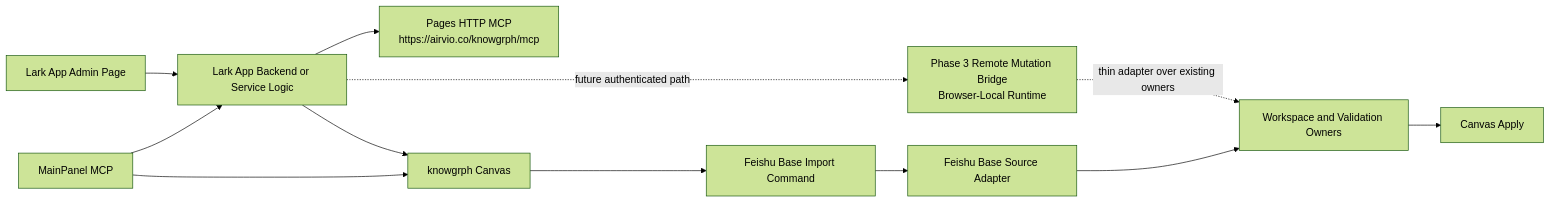
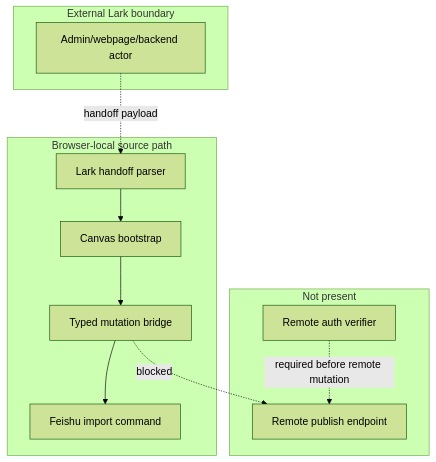
One commit to huijoohwee/agentic-graph changed the second of 2 diagrams in docs/documents/knowgrph-mcp/knowgrph-lark-app-mcp-prd-tad.md. Above: the diagram before and after it, drawn with Mermaid (forest theme). The commit also changed other lines of this file and 76 other files, not shown here.

````diff
--- a/docs/documents/knowgrph-mcp/knowgrph-lark-app-mcp-prd-tad.md
+++ b/docs/documents/knowgrph-mcp/knowgrph-lark-app-mcp-prd-tad.md
@@ -403,25 +186,20 @@
 ```mermaid
-flowchart LR
-  LarkAdmin["Lark App Admin Page"]
-  MainPanel["MainPanel MCP"]
-  LarkBackend["Lark App Backend or Service Logic"]
-  PagesMcp["Pages HTTP MCP\nhttps://airvio.co/knowgrph/mcp"]
-  Canvas["knowgrph Canvas"]
-  ImportBridge["Feishu Base Import Command"]
-  SourceAdapter["Feishu Base Source Adapter"]
-  Validation["Workspace and Validation Owners"]
-  GraphApply["Canvas Apply"]
-  FutureBridge["Phase 3 Remote Mutation Bridge\nBrowser-Local Runtime"]
-
-  MainPanel --> LarkBackend
-  MainPanel --> Canvas
-  LarkAdmin --> LarkBackend
-  LarkBackend --> PagesMcp
-  LarkBackend --> Canvas
-  Canvas --> ImportBridge
-  ImportBridge --> SourceAdapter
-  SourceAdapter --> Validation
-  Validation --> GraphApply
-  LarkBackend -. future authenticated path .-> FutureBridge
-  FutureBridge -. thin adapter over existing owners .-> Validation
+flowchart TB
+    subgraph External["External Lark boundary"]
+      L["Admin/webpage/backend actor"]
+    end
+    subgraph Browser["Browser-local source path"]
+      Q["Lark handoff parser"]
+      C["Canvas bootstrap"]
+      B["Typed mutation bridge"]
+      I["Feishu import command"]
+    end
+    subgraph Absent["Not present"]
+      R["Remote auth verifier"]
+      W["Remote publish endpoint"]
+    end
+    L -. "handoff payload" .-> Q --> C --> B
+    B --> I
+    B -. "blocked" .-> W
+    R -. "required before remote mutation" .-> W
 ```
````
